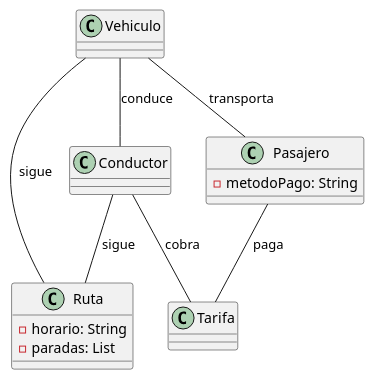
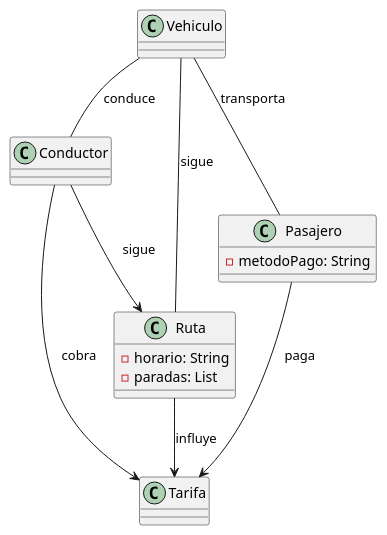
One commit to Ingenieria-Informatica-UNEATLANTICO/app-actividad-post-parcial-ceesargaarcia changed the diagram in modelosUML/examenParcial/diagramaClases.puml. Above: the diagram before and after it, drawn with PlantUML. The commit also changed 3 other files, not shown here.

```diff
--- a/modelosUML/examenParcial/diagramaClases.puml
+++ b/modelosUML/examenParcial/diagramaClases.puml
@@ -1,25 +1,26 @@
 @startuml class-diagram
 class Vehiculo {
 }
 
 class Conductor {
 }
 
 class Pasajero {
   -metodoPago: String
 }
 
 class Ruta {
   -horario: String
   -paradas: List
 }
 
 class Tarifa {
 }
-Conductor -- Ruta: sigue
+Conductor --> Ruta: sigue
 Vehiculo --  Conductor: conduce
 Vehiculo -- Pasajero: transporta
-Conductor -- Tarifa: cobra
+Conductor --> Tarifa: cobra
 Vehiculo -- Ruta: sigue
-Pasajero -- Tarifa: paga
+Pasajero --> Tarifa: paga
+Ruta --> Tarifa: influye
 @enduml
```
